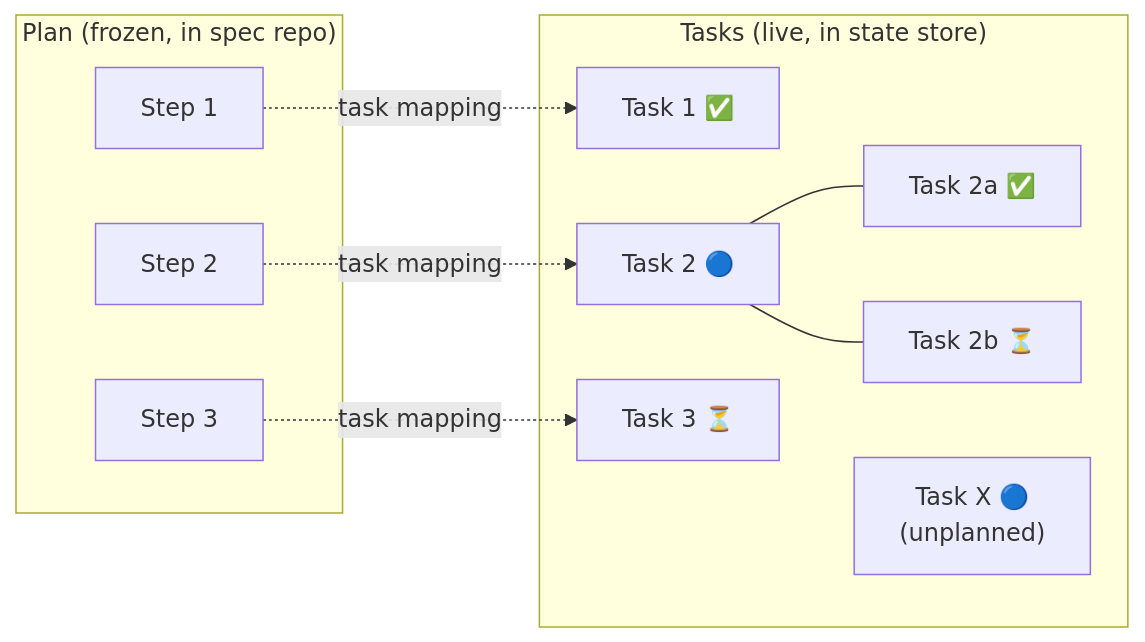
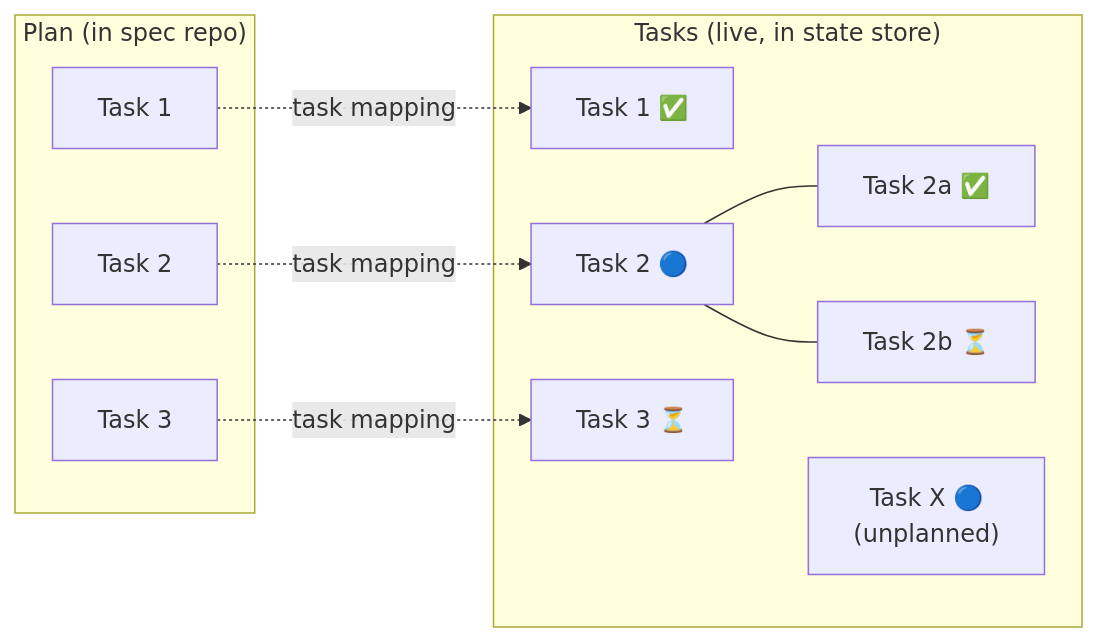
One commit to synchestra-io/synchestra changed the fifth of 7 diagrams in spec/architecture/spec-to-execution.md. Above: the diagram before and after it, drawn with Mermaid. The commit also changed other lines of this file and 2 other files, not shown here.

Commit message:
refactor: update spec-to-execution architecture for unified plan/task model

````diff
--- a/spec/architecture/spec-to-execution.md
+++ b/spec/architecture/spec-to-execution.md
@@ -151,23 +151,23 @@
 ```mermaid
 graph LR
-    subgraph "Plan (frozen, in spec repo)"
-        S1["Step 1"]
-        S2["Step 2"]
-        S3["Step 3"]
+    subgraph "Plan (in spec repo)"
+        S1["Task 1"]
+        S2["Task 2"]
+        S3["Task 3"]
     end
 
     subgraph "Tasks (live, in state store)"
         T1["Task 1 ✅"]
         T2["Task 2 🔵"]
         T2a["Task 2a ✅"]
         T2b["Task 2b ⏳"]
         T3["Task 3 ⏳"]
         TX["Task X 🔵<br/>(unplanned)"]
     end
 
     S1 -.->|task mapping| T1
     S2 -.->|task mapping| T2
     T2 --- T2a
     T2 --- T2b
     S3 -.->|task mapping| T3
 ```
````
